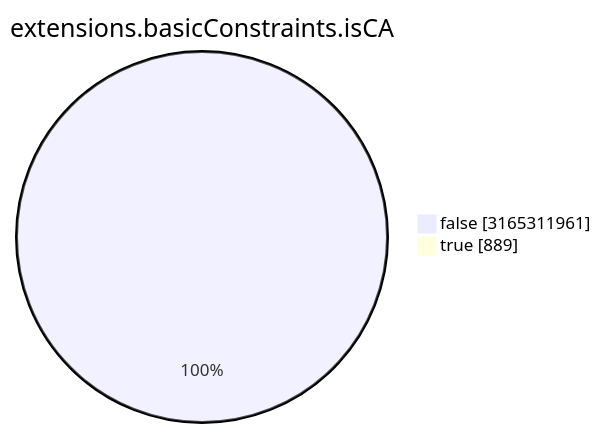
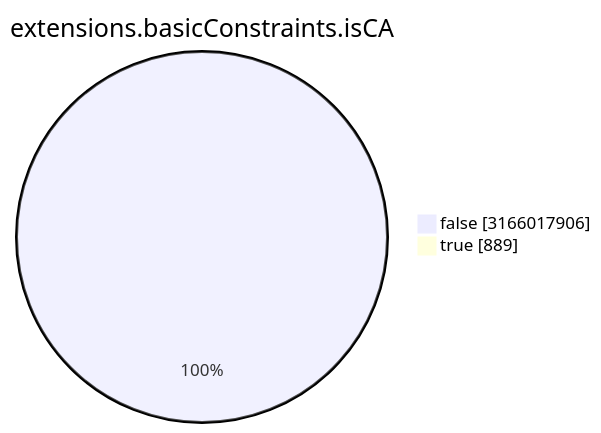
One commit to christiankrug/ctmonitor_visualization changed the seventh of 15 diagrams in TOTAL/README.md. Above: the diagram before and after it, drawn with Mermaid. The commit also changed other lines of this file, not shown here.

````diff
--- a/TOTAL/README.md
+++ b/TOTAL/README.md
@@ -3088,6 +3088,6 @@
 ```mermaid
 pie showData
 title extensions.basicConstraints.isCA
-"false" :3165311961
+"false" :3166017906
 "true" :889
 ```
````
